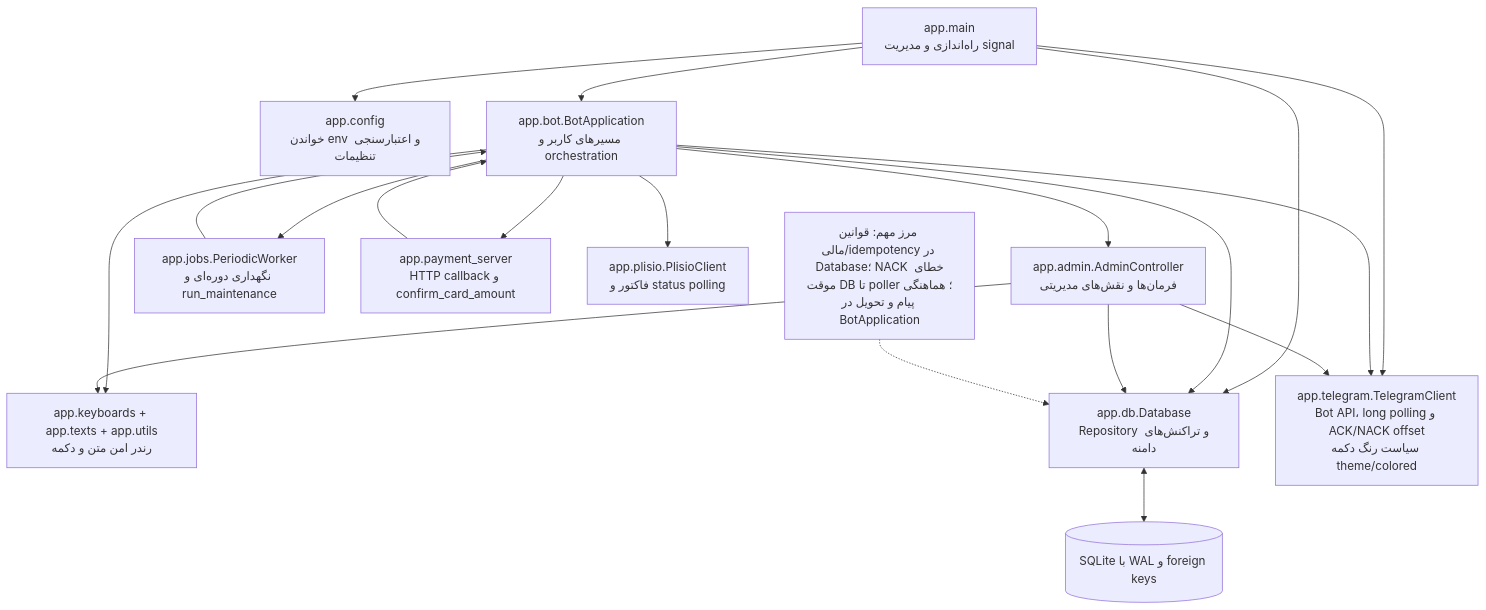
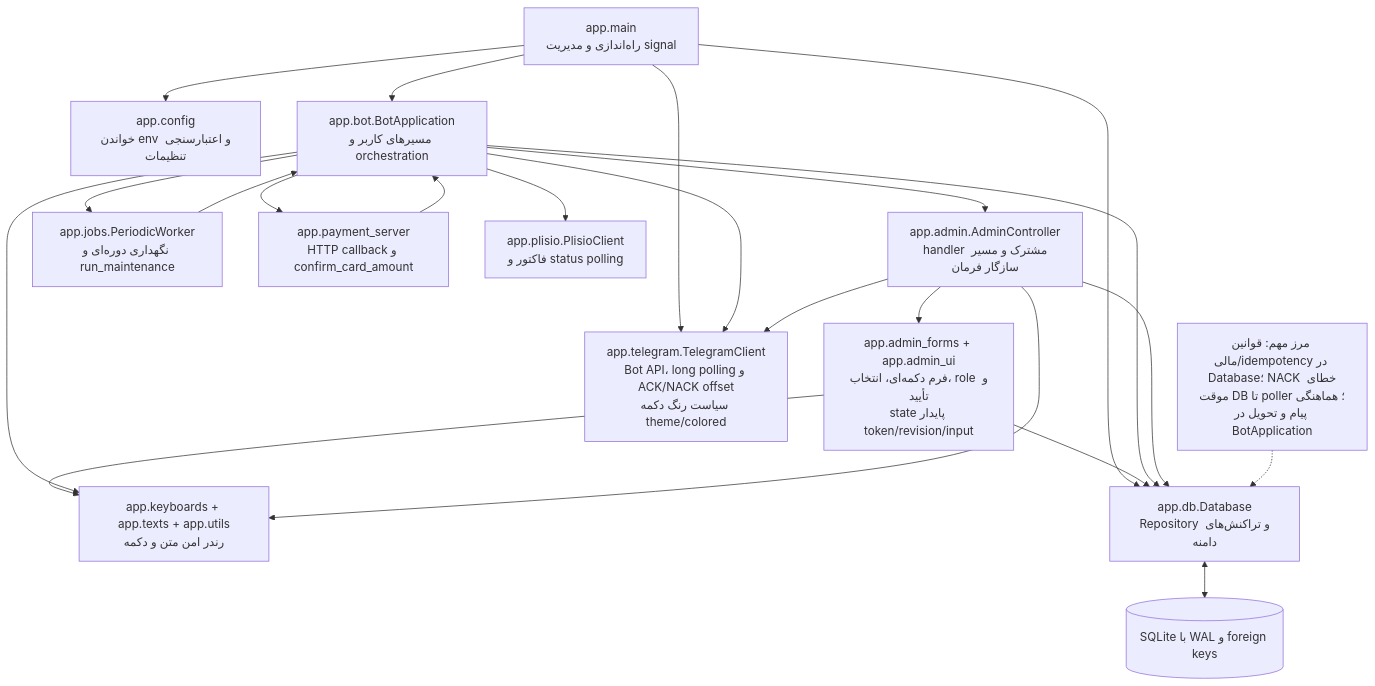
The diagram in docs/diagrams/02-component-architecture.mmd (mohamadkheiry/aibotTelegram), drawn with Mermaid before and after one commit. The commit also changed 32 other files, not shown here.

```diff
--- a/docs/diagrams/02-component-architecture.mmd
+++ b/docs/diagrams/02-component-architecture.mmd
@@ -1,33 +1,37 @@
 flowchart TB
     Entry["app.main<br/>راه‌اندازی و مدیریت signal"]
     Config["app.config<br/>خواندن env و اعتبارسنجی تنظیمات"]
     Bot["app.bot.BotApplication<br/>مسیرهای کاربر و orchestration"]
-    Admin["app.admin.AdminController<br/>فرمان‌ها و نقش‌های مدیریتی"]
+    Admin["app.admin.AdminController<br/>handler مشترک و مسیر سازگار فرمان"]
+    Forms["app.admin_forms + app.admin_ui<br/>فرم دکمه‌ای، انتخاب، role و تأیید<br/>state پایدار token/revision/input"]
     UI["app.keyboards + app.texts + app.utils<br/>رندر امن متن و دکمه"]
     Repo["app.db.Database<br/>Repository و تراکنش‌های دامنه"]
     TG["app.telegram.TelegramClient<br/>Bot API، long polling و ACK/NACK offset<br/>سیاست رنگ دکمه theme/colored"]
     Worker["app.jobs.PeriodicWorker<br/>نگهداری دوره‌ای و run_maintenance"]
     Card["app.payment_server<br/>HTTP callback و confirm_card_amount"]
     Crypto["app.plisio.PlisioClient<br/>فاکتور و status polling"]
     DB[("SQLite با WAL و foreign keys")]
 
     Entry --> Config
     Entry --> Repo
     Entry --> TG
     Entry --> Bot
     Bot --> Admin
+    Admin --> Forms
+    Forms --> Repo
+    Forms --> UI
     Bot --> UI
     Admin --> UI
     Bot --> Repo
     Admin --> Repo
     Bot --> TG
     Admin --> TG
     Bot --> Worker
     Worker --> Bot
     Bot --> Card
     Card --> Bot
     Bot --> Crypto
     Repo <--> DB
 
     Contract["مرز مهم: قوانین مالی/idempotency در Database؛ NACK خطای موقت DB تا poller؛ هماهنگی پیام و تحویل در BotApplication"]
     Contract -.-> Repo
```
